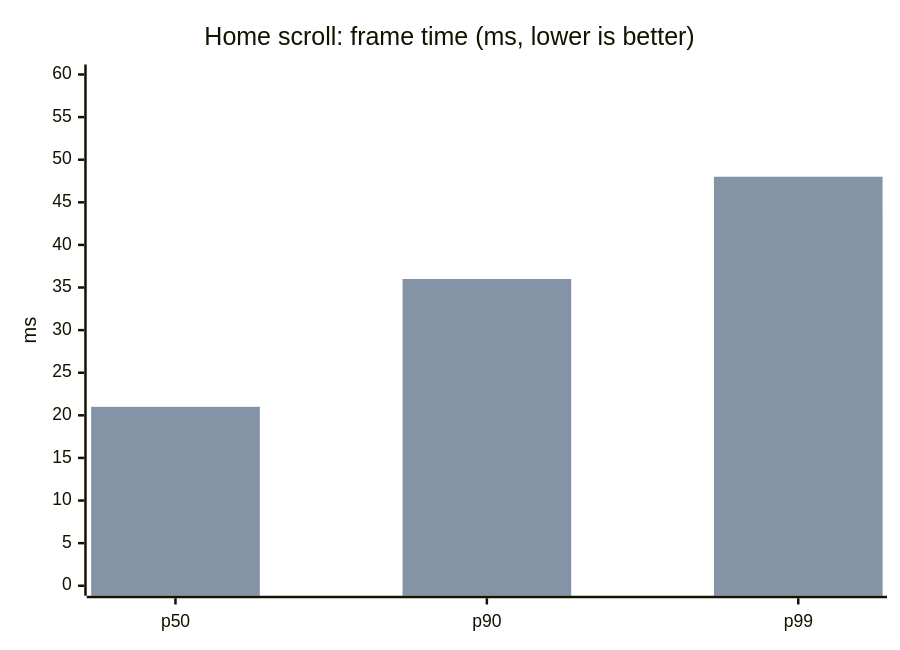
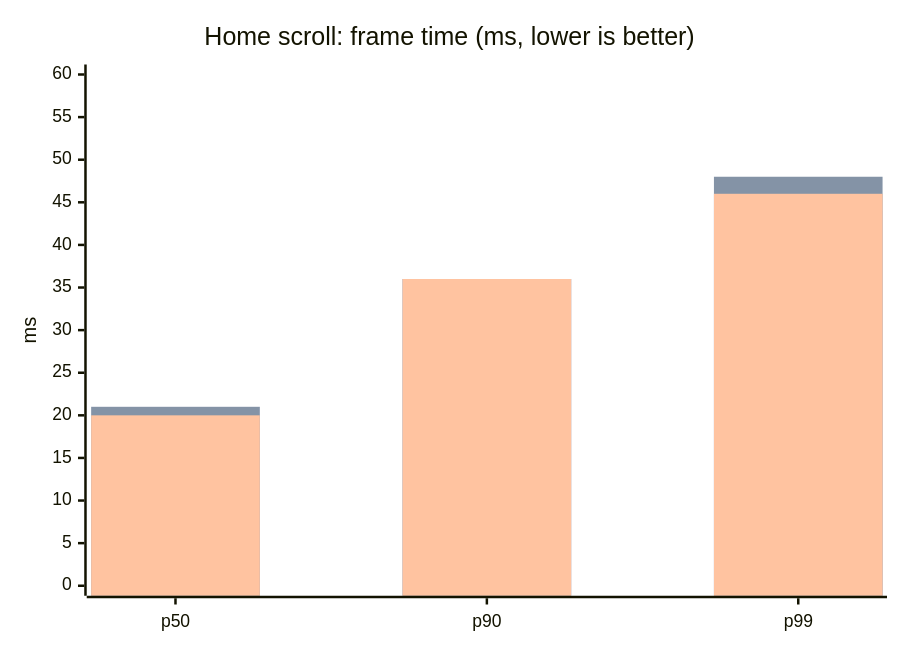
Before and after one commit to faiz03-glicth/teras-releases: the first of 3 diagrams in performance/README.md, drawn with Mermaid. The commit also changed other lines of this file, not shown here.

Commit message:
Performance page: build 70's second Home run, chart switch, memory and cold start, with the phone-temperature caveat

````diff
--- a/performance/README.md
+++ b/performance/README.md
@@ -31,8 +39,9 @@
 ```mermaid
 xychart-beta
   title "Home scroll: frame time (ms, lower is better)"
   x-axis ["p50", "p90", "p99"]
   y-axis "ms" 0 --> 60
   bar [21, 36, 44]
   bar [21, 36, 48]
+  bar [20, 36, 46]
 ```
````
